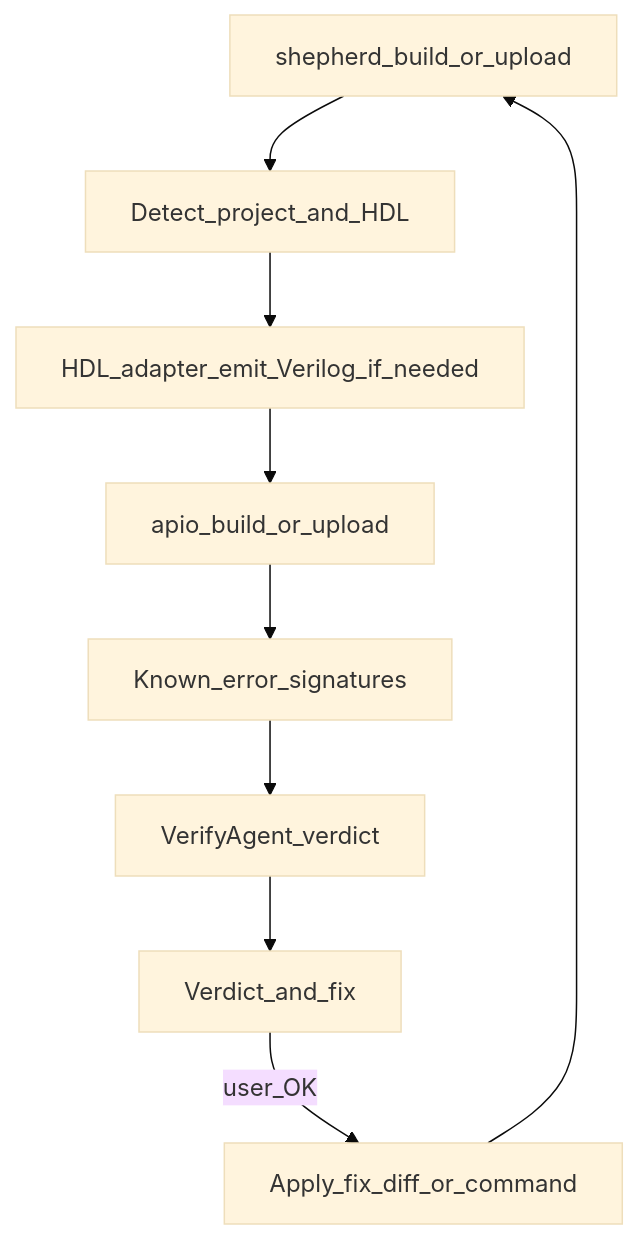
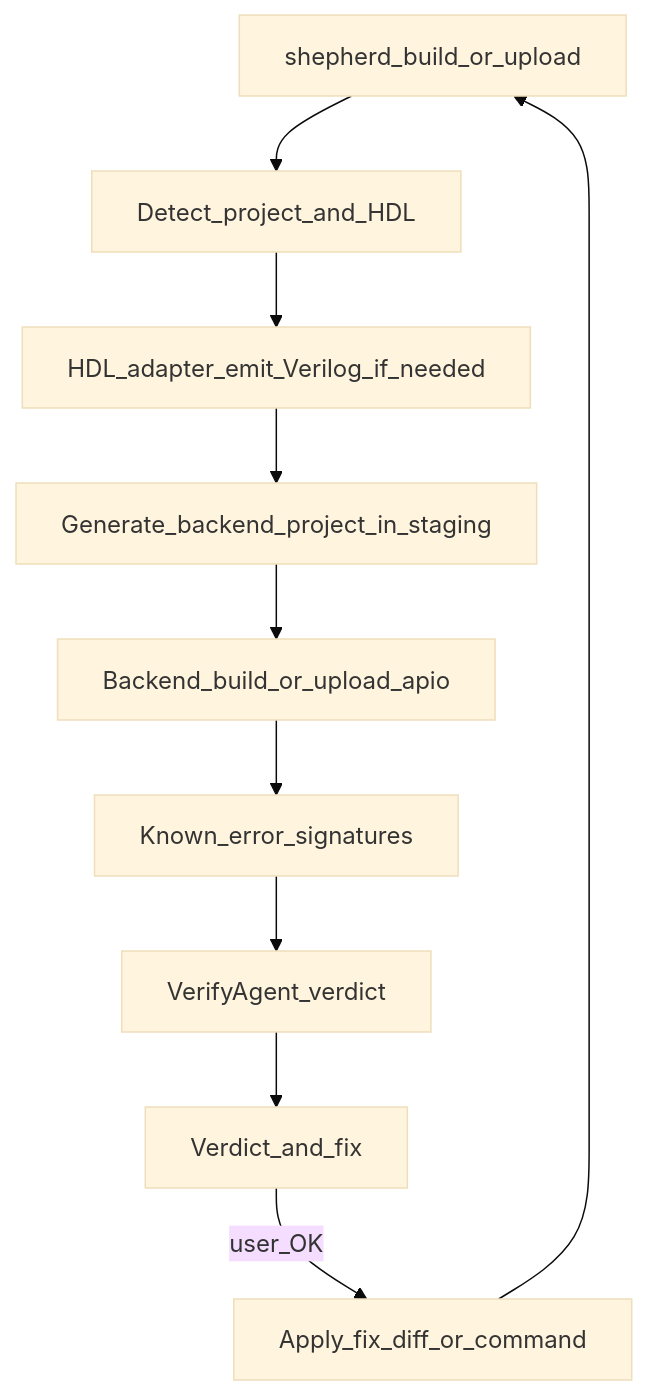
One commit to stepacool/FPGA-shepherd changed the diagram in PLAN.md. Above: the diagram before and after it, drawn with Mermaid (base theme). The commit also changed other lines of this file, not shown here.

````diff
--- a/PLAN.md
+++ b/PLAN.md
@@ -43,11 +47,12 @@
 ```mermaid
 flowchart TD
   Cmd[shepherd_build_or_upload] --> Detect[Detect_project_and_HDL]
   Detect --> Adapter[HDL_adapter_emit_Verilog_if_needed]
-  Adapter --> Apio[apio_build_or_upload]
-  Apio --> Match[Known_error_signatures]
+  Adapter --> Stage[Generate_backend_project_in_staging]
+  Stage --> Backend[Backend_build_or_upload_apio]
+  Backend --> Match[Known_error_signatures]
   Match --> Verify[VerifyAgent_verdict]
   Verify --> Report[Verdict_and_fix]
   Report -->|user_OK| Fix[Apply_fix_diff_or_command]
   Fix --> Cmd
 ```
````
